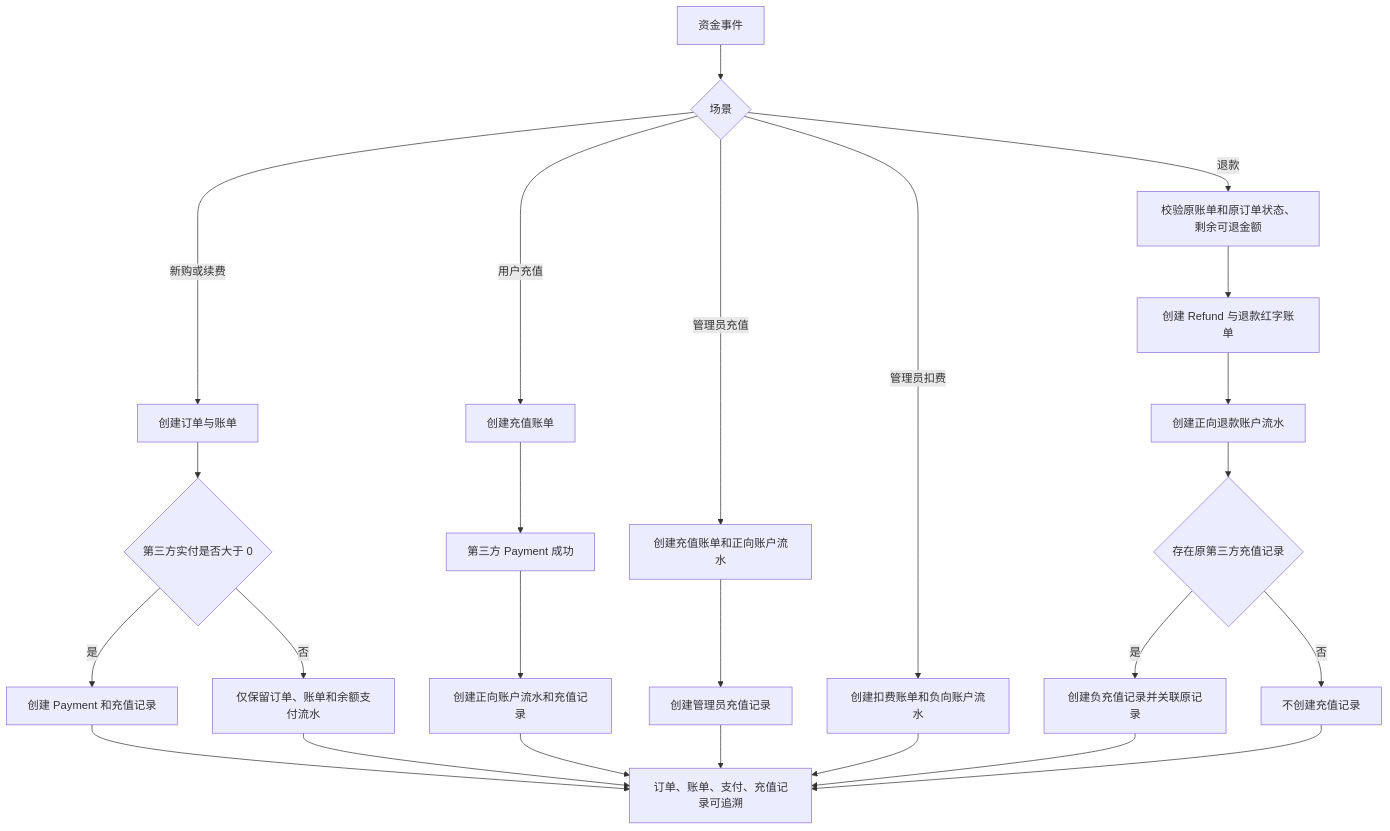
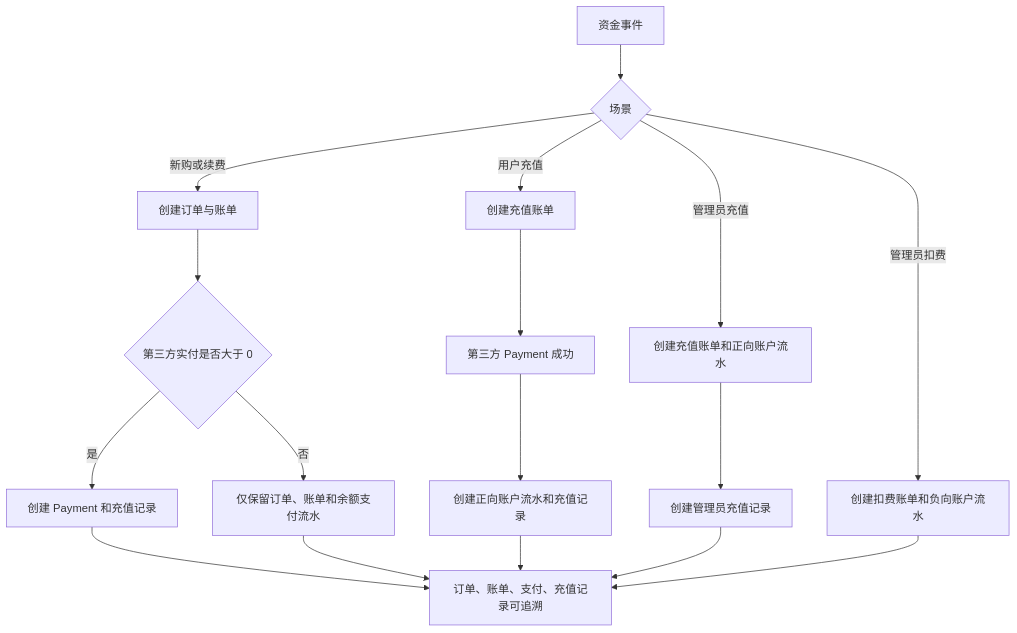
Before and after one commit to HaoSehu/caiwu: the diagram in docs/参考资料/后端/财务单据生成规则.md, drawn with Mermaid. The commit also changed other lines of this file and 31 other files, not shown here.

````diff
--- a/docs/参考资料/后端/财务单据生成规则.md
+++ b/docs/参考资料/后端/财务单据生成规则.md
@@ -104,33 +107,24 @@
 ```mermaid
 flowchart TD
     A[资金事件] --> B{场景}
 
     B -->|新购或续费| C[创建订单与账单]
     C --> D{第三方实付是否大于 0}
     D -->|是| E[创建 Payment 和充值记录]
     D -->|否| F[仅保留订单、账单和余额支付流水]
 
     B -->|用户充值| G[创建充值账单]
     G --> H[第三方 Payment 成功]
     H --> I[创建正向账户流水和充值记录]
 
     B -->|管理员充值| J[创建充值账单和正向账户流水]
     J --> K[创建管理员充值记录]
 
     B -->|管理员扣费| L[创建扣费账单和负向账户流水]
 
-    B -->|退款| M[校验原账单和原订单状态、剩余可退金额]
-    M --> N[创建 Refund 与退款红字账单]
-    N --> O[创建正向退款账户流水]
-    O --> P{存在原第三方充值记录}
-    P -->|是| Q[创建负充值记录并关联原记录]
-    P -->|否| R[不创建充值记录]
-
     E --> S[订单、账单、支付、充值记录可追溯]
     F --> S
     I --> S
     K --> S
     L --> S
-    Q --> S
-    R --> S
 ```
````
